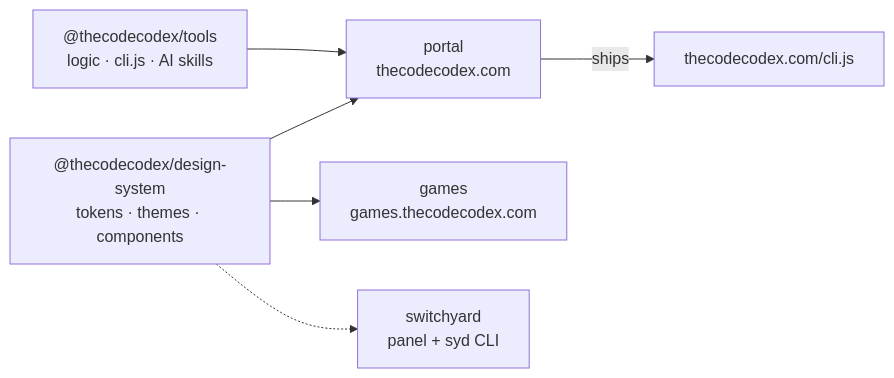
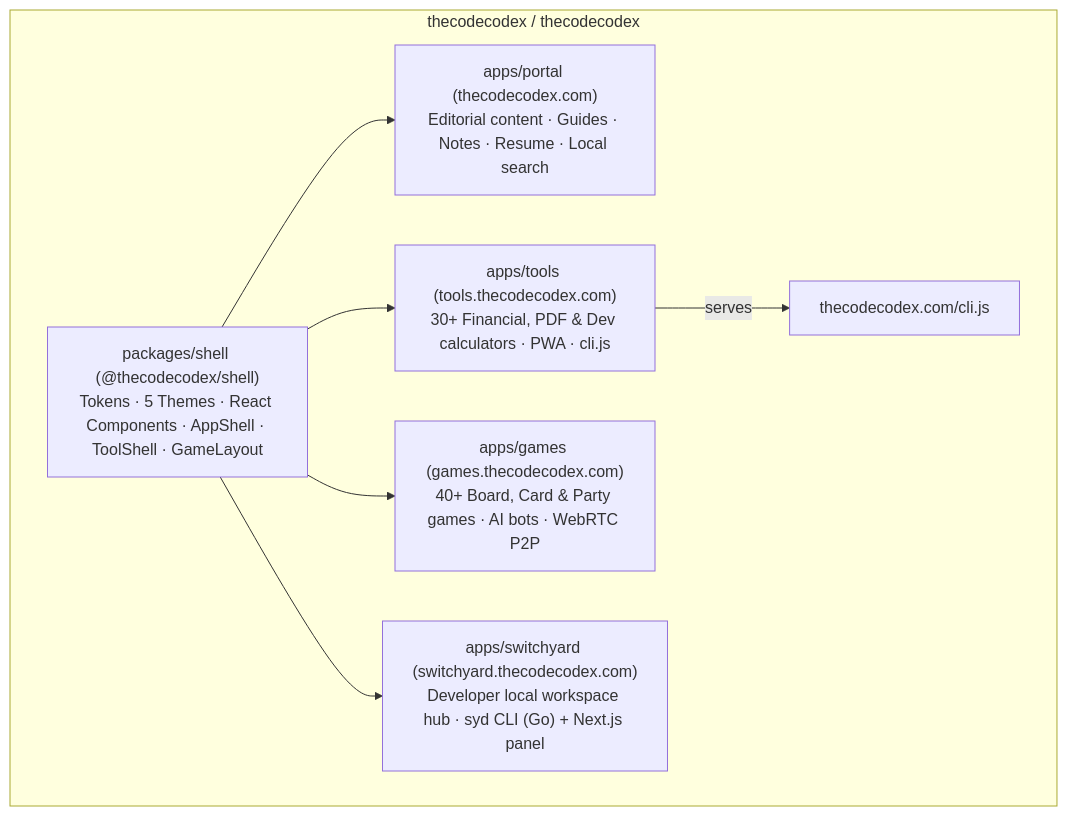
One commit to thecodecodex/.github changed the diagram in profile/README.md. Above: the diagram before and after it, drawn with Mermaid. The commit also changed other lines of this file, not shown here.

Commit message:
docs: update organization profile README with monorepo ecosystem architecture and contact info

````diff
--- a/profile/README.md
+++ b/profile/README.md
@@ -23,13 +20,16 @@
 ```mermaid
-flowchart LR
-  ds["@thecodecodex/design-system<br/>tokens · themes · components"]
-  tools["@thecodecodex/tools<br/>logic · cli.js · AI skills"]
-  portal["portal<br/>thecodecodex.com"]
-  sy["switchyard<br/>panel + syd CLI"]
-  games["games<br/>games.thecodecodex.com"]
-  ds --> portal
-  ds --> games
-  ds -.-> sy
-  tools --> portal
-  portal -- "ships" --> cli["thecodecodex.com/cli.js"]
+flowchart TD
+  subgraph monorepo["thecodecodex / thecodecodex"]
+    shell["packages/shell (@thecodecodex/shell)<br/>Tokens · 5 Themes · React Components · AppShell · ToolShell · GameLayout"]
+    portal["apps/portal (thecodecodex.com)<br/>Editorial content · Guides · Notes · Resume · Local search"]
+    tools["apps/tools (tools.thecodecodex.com)<br/>30+ Financial, PDF & Dev calculators · PWA · cli.js"]
+    games["apps/games (games.thecodecodex.com)<br/>40+ Board, Card & Party games · AI bots · WebRTC P2P"]
+    switchyard["apps/switchyard (switchyard.thecodecodex.com)<br/>Developer local workspace hub · syd CLI (Go) + Next.js panel"]
+
+    shell --> portal
+    shell --> tools
+    shell --> games
+    shell --> switchyard
+    tools -- "serves" --> cli["thecodecodex.com/cli.js"]
+  end
 ```
````
